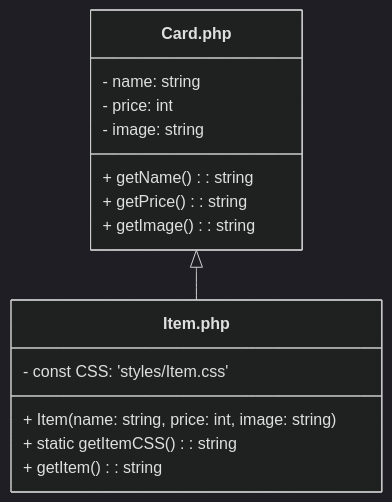
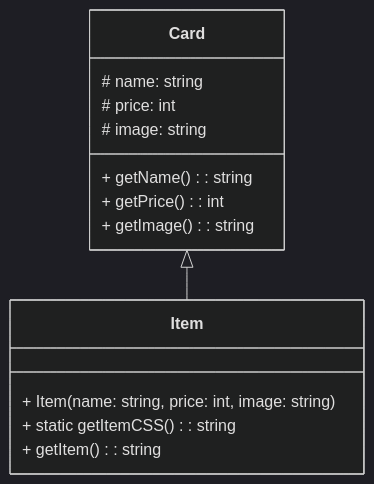
Before and after one commit to AlexandrAnatoliev/send-invoice: the diagram in README.md, drawn with Mermaid (dark theme). The commit also changed other lines of this file and 1 other file, not shown here.

Commit message:
fix: check by deepseek

````diff
--- a/README.md
+++ b/README.md
@@ -68,22 +69,21 @@
 ```mermaid
 classDiagram
   
-  class Card.php {
-    - name: string
-    - price: int
-    - image: string
+  class Card {
+    # name: string
+    # price: int
+    # image: string
     + getName(): string
-    + getPrice(): string
+    + getPrice(): int
     + getImage(): string
   }
 
-  class Item.php {
-    - const CSS: 'styles/Item.css'
+  class Item {
     + Item(name: string, price: int, image: string)
     + static getItemCSS(): string
     + getItem(): string
   }
 
-  Card.php <|-- Item.php
+  Card <|-- Item
 
 ```
````
